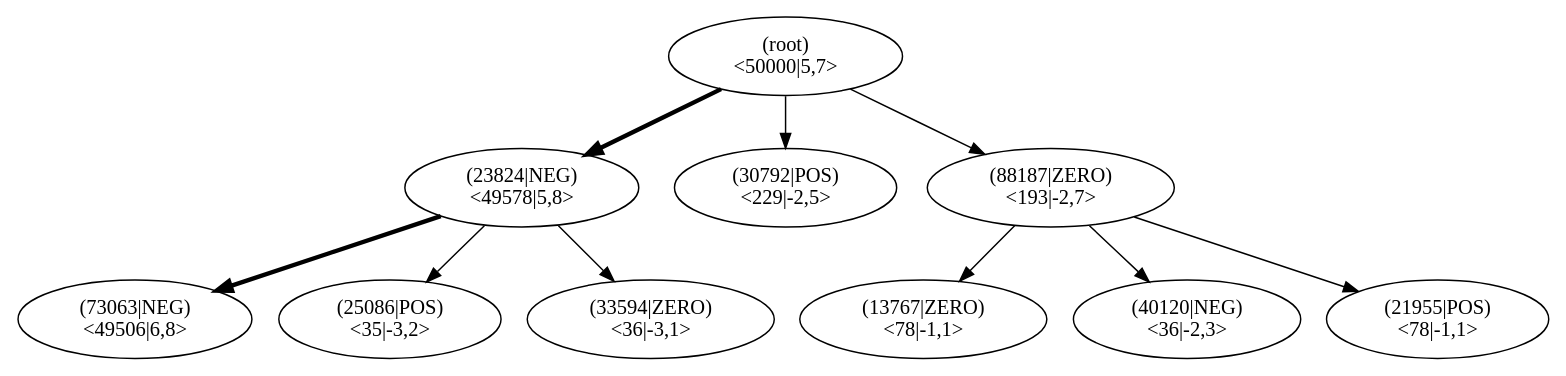
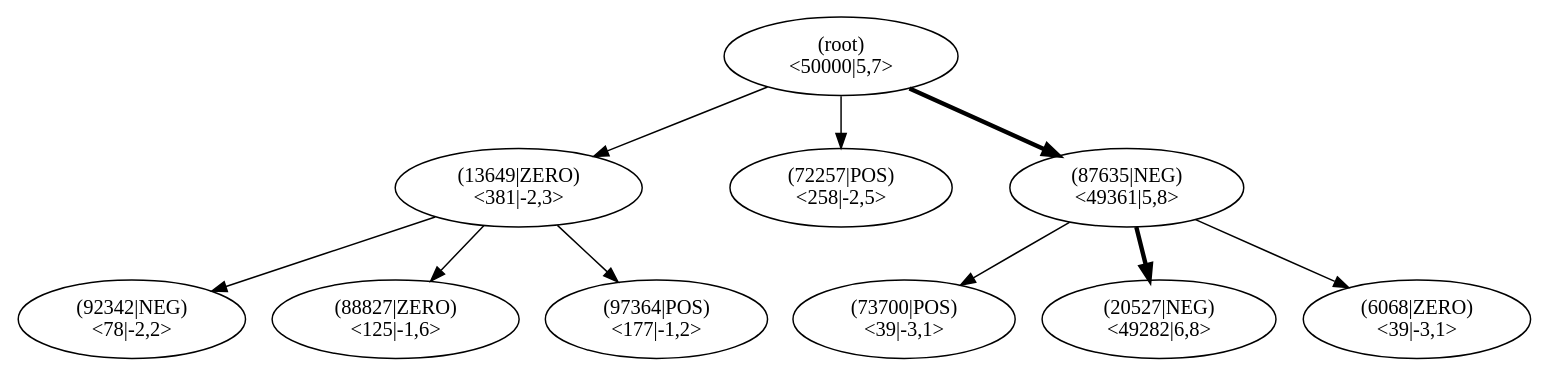
The diagram in pictures/ch13/lane_runner_mcts.dot (JonasHellgren/relexp-java), drawn with Graphviz before and after one commit. The commit also changed 29 other files, not shown here.

```diff
--- a/pictures/ch13/lane_runner_mcts.dot
+++ b/pictures/ch13/lane_runner_mcts.dot
@@ -1,32 +1,32 @@
 digraph MCTS {
 node [shape=ellipse];
 Nroot [label="(root)
 <50000|5,7>"];
-Nroot -> N23824[penwidth=3];
-N23824 [label="(23824|NEG)
-<49578|5,8>"];
-N23824 -> N73063[penwidth=3];
-N73063 [label="(73063|NEG)
-<49506|6,8>"];
-N23824 -> N25086[penwidth=1];
-N25086 [label="(25086|POS)
-<35|-3,2>"];
-N23824 -> N33594[penwidth=1];
-N33594 [label="(33594|ZERO)
-<36|-3,1>"];
-Nroot -> N30792[penwidth=1];
-N30792 [label="(30792|POS)
-<229|-2,5>"];
-Nroot -> N88187[penwidth=1];
-N88187 [label="(88187|ZERO)
-<193|-2,7>"];
-N88187 -> N13767[penwidth=1];
-N13767 [label="(13767|ZERO)
-<78|-1,1>"];
-N88187 -> N40120[penwidth=1];
-N40120 [label="(40120|NEG)
-<36|-2,3>"];
-N88187 -> N21955[penwidth=1];
-N21955 [label="(21955|POS)
-<78|-1,1>"];
+Nroot -> N13649[penwidth=1];
+N13649 [label="(13649|ZERO)
+<381|-2,3>"];
+N13649 -> N92342[penwidth=1];
+N92342 [label="(92342|NEG)
+<78|-2,2>"];
+N13649 -> N88827[penwidth=1];
+N88827 [label="(88827|ZERO)
+<125|-1,6>"];
+N13649 -> N97364[penwidth=1];
+N97364 [label="(97364|POS)
+<177|-1,2>"];
+Nroot -> N72257[penwidth=1];
+N72257 [label="(72257|POS)
+<258|-2,5>"];
+Nroot -> N87635[penwidth=3];
+N87635 [label="(87635|NEG)
+<49361|5,8>"];
+N87635 -> N73700[penwidth=1];
+N73700 [label="(73700|POS)
+<39|-3,1>"];
+N87635 -> N20527[penwidth=3];
+N20527 [label="(20527|NEG)
+<49282|6,8>"];
+N87635 -> N6068[penwidth=1];
+N6068 [label="(6068|ZERO)
+<39|-3,1>"];
 }
```
